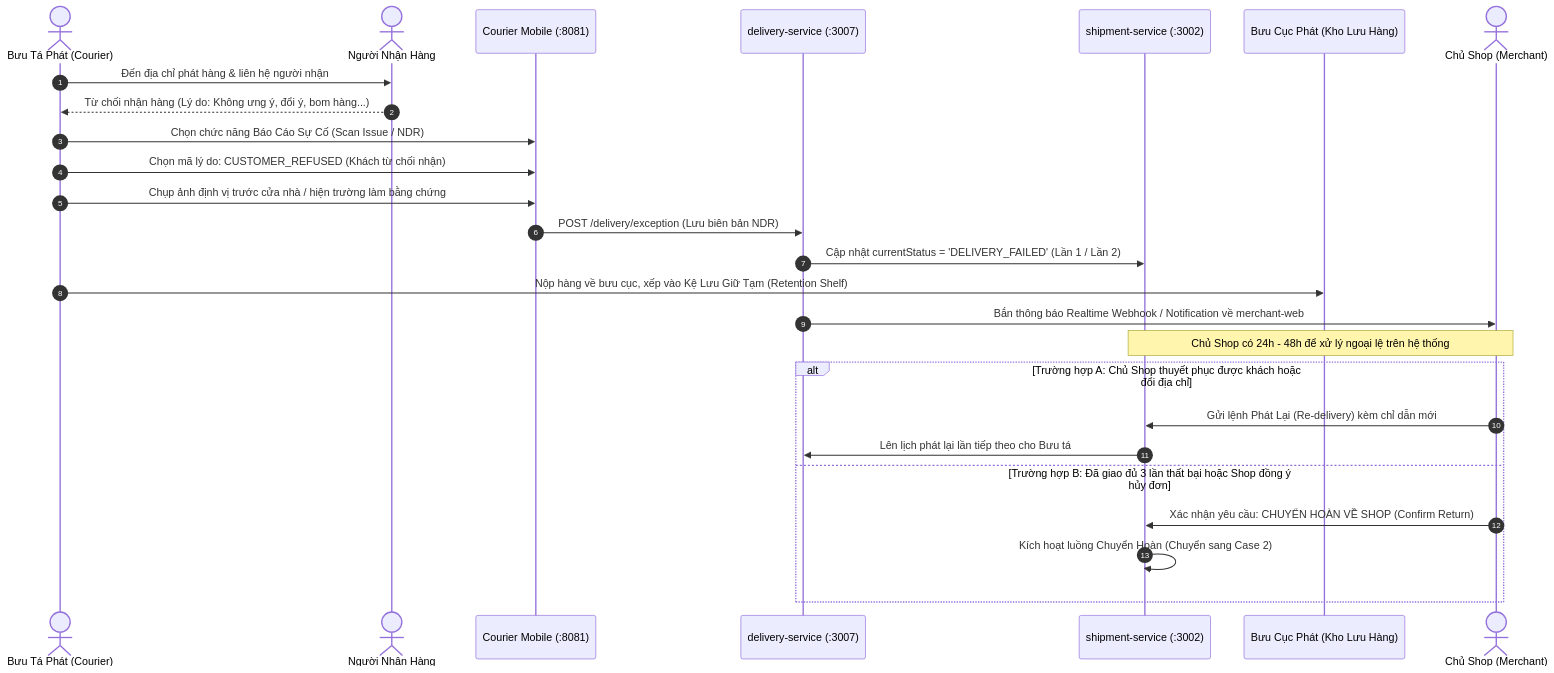
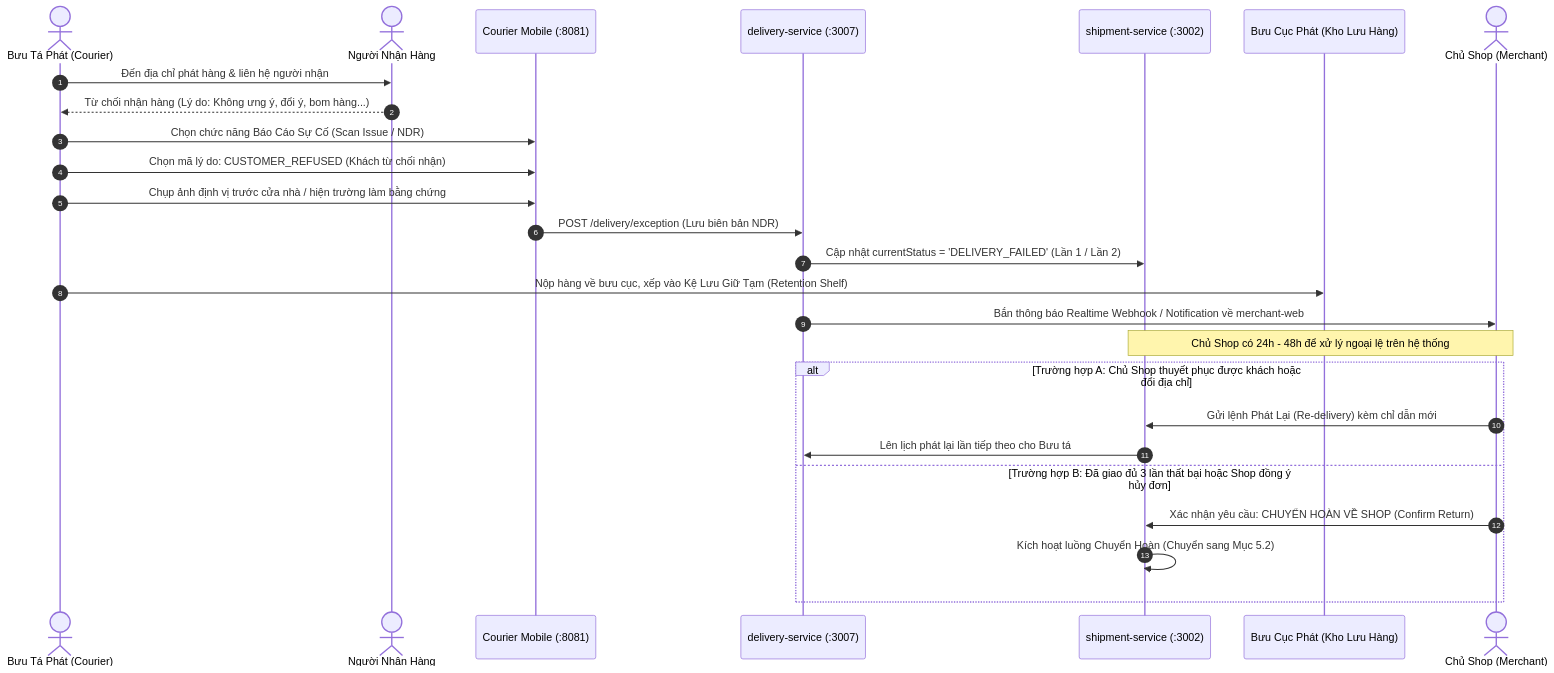
Before and after one commit to VoVanTuTai/logistics-management-system: the eighth of 20 diagrams in README.md, drawn with Mermaid. The commit also changed other lines of this file and 5 other files, not shown here.

````diff
--- a/README.md
+++ b/README.md
@@ -413,31 +417,31 @@
 ```mermaid
 sequenceDiagram
     autonumber
     actor Courier as Bưu Tá Phát (Courier)
     actor Receiver as Người Nhận Hàng
     participant MobileApp as Courier Mobile (:8081)
     participant DeliverySvc as delivery-service (:3007)
     participant ShipSvc as shipment-service (:3002)
     participant HubStorage as Bưu Cục Phát (Kho Lưu Hàng)
     actor Merchant as Chủ Shop (Merchant)
 
     Courier->>Receiver: Đến địa chỉ phát hàng & liên hệ người nhận
     Receiver-->>Courier: Từ chối nhận hàng (Lý do: Không ưng ý, đổi ý, bom hàng...)
     Courier->>MobileApp: Chọn chức năng Báo Cáo Sự Cố (Scan Issue / NDR)
     Courier->>MobileApp: Chọn mã lý do: CUSTOMER_REFUSED (Khách từ chối nhận)
     Courier->>MobileApp: Chụp ảnh định vị trước cửa nhà / hiện trường làm bằng chứng
     MobileApp->>DeliverySvc: POST /delivery/exception (Lưu biên bản NDR)
     DeliverySvc->>ShipSvc: Cập nhật currentStatus = 'DELIVERY_FAILED' (Lần 1 / Lần 2)
     Courier->>HubStorage: Nộp hàng về bưu cục, xếp vào Kệ Lưu Giữ Tạm (Retention Shelf)
 
     DeliverySvc->>Merchant: Bắn thông báo Realtime Webhook / Notification về merchant-web
     Note over Merchant,ShipSvc: Chủ Shop có 24h - 48h để xử lý ngoại lệ trên hệ thống
 
     alt Trường hợp A: Chủ Shop thuyết phục được khách hoặc đổi địa chỉ
         Merchant->>ShipSvc: Gửi lệnh Phát Lại (Re-delivery) kèm chỉ dẫn mới
         ShipSvc->>DeliverySvc: Lên lịch phát lại lần tiếp theo cho Bưu tá
     else Trường hợp B: Đã giao đủ 3 lần thất bại hoặc Shop đồng ý hủy đơn
         Merchant->>ShipSvc: Xác nhận yêu cầu: CHUYỂN HOÀN VỀ SHOP (Confirm Return)
-        ShipSvc->>ShipSvc: Kích hoạt luồng Chuyển Hoàn (Chuyển sang Case 2)
+        ShipSvc->>ShipSvc: Kích hoạt luồng Chuyển Hoàn (Chuyển sang Mục 5.2)
     end
 ```
````
